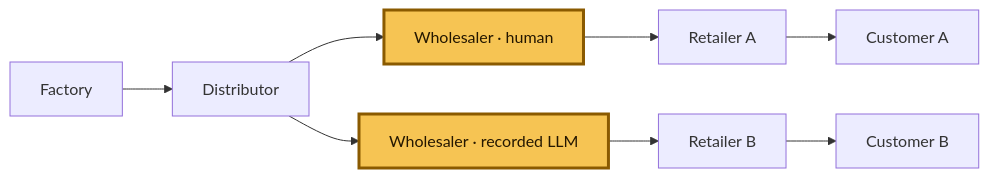
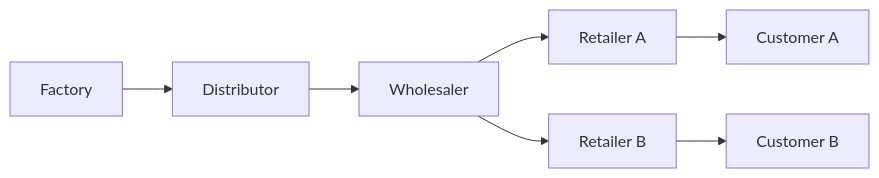
Before and after one commit to ConstantinVictorBeatErtel/Supply_Chain_Bench: the diagram in README.md, drawn with Mermaid. The commit also changed other lines of this file and 4891 other files, not shown here.

````diff
--- a/README.md
+++ b/README.md
@@ -13,11 +11,6 @@
 ```mermaid
 flowchart LR
-    F[Factory] --> D[Distributor]
-    D --> H[Wholesaler · human]
-    D --> L[Wholesaler · recorded LLM]
-    H --> RA[Retailer A] --> CA[Customer A]
-    L --> RB[Retailer B] --> CB[Customer B]
-
-    classDef focus fill:#f6c453,stroke:#8a5a00,stroke-width:3px,color:#241700;
-    class H,L focus;
+  F[Factory] --> D[Distributor] --> W[Wholesaler]
+  W --> RA[Retailer A] --> CA[Customer A]
+  W --> RB[Retailer B] --> CB[Customer B]
 ```
````
